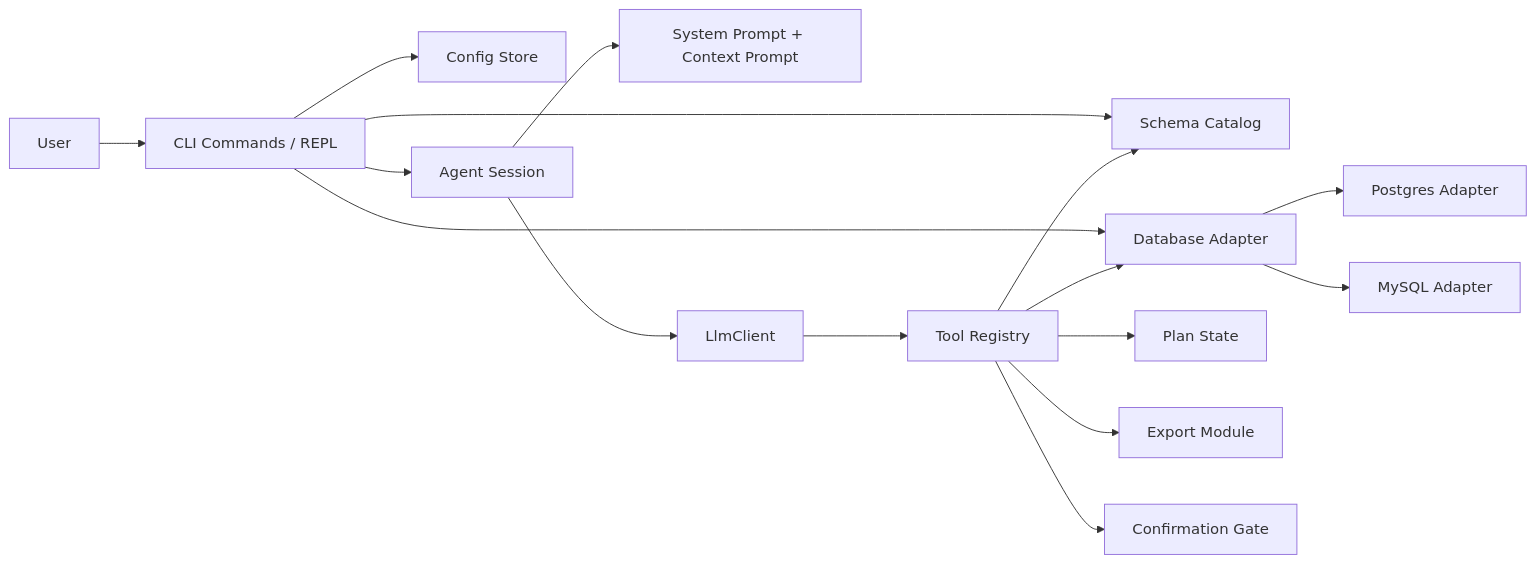
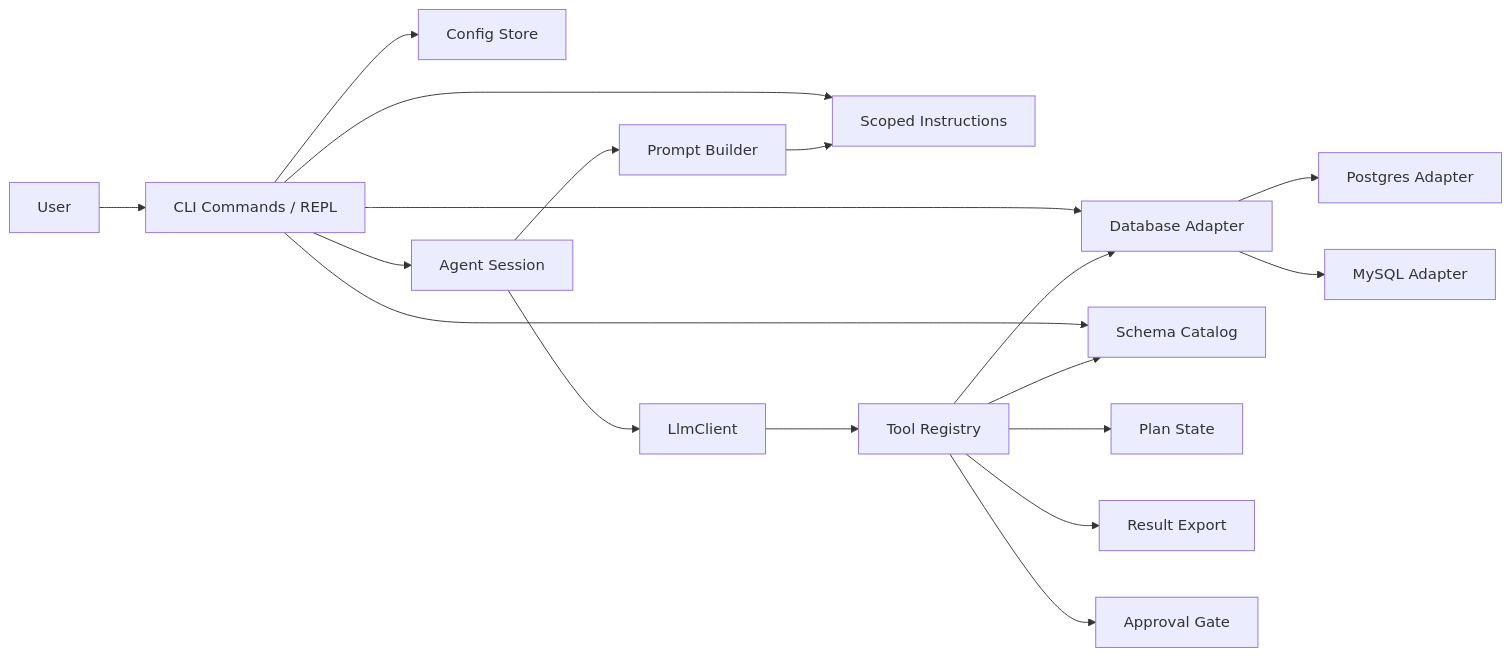
The second of 6 diagrams in docs/architecture-diagrams.md (Codewarning/dbchat-cli), drawn with Mermaid before and after one commit. The commit also changed other lines of this file and 84 other files, not shown here.

````diff
--- a/docs/architecture-diagrams.md
+++ b/docs/architecture-diagrams.md
@@ -73,21 +76,23 @@
 ```mermaid
 flowchart LR
     U[User] --> CLI[CLI Commands / REPL]
     CLI --> CFG[Config Store]
-    CLI --> CATALOG[Schema Catalog]
+    CLI --> INS[Scoped Instructions]
+    CLI --> DB[Database Adapter]
+    CLI --> CAT[Schema Catalog]
     CLI --> AGENT[Agent Session]
-    CLI --> DB[Database Adapter]
 
-    AGENT --> PROMPT[System Prompt + Context Prompt]
+    AGENT --> PROMPT[Prompt Builder]
+    PROMPT --> INS
     AGENT --> LLM[LlmClient]
     LLM --> TOOLS[Tool Registry]
 
     TOOLS --> PLAN[Plan State]
-    TOOLS --> CATALOG
     TOOLS --> DB
-    TOOLS --> EXPORT[Export Module]
-    TOOLS --> CONFIRM[Confirmation Gate]
+    TOOLS --> CAT
+    TOOLS --> EXPORT[Result Export]
+    TOOLS --> CONFIRM[Approval Gate]
 
     DB --> PG[Postgres Adapter]
     DB --> MY[MySQL Adapter]
 ```
````
